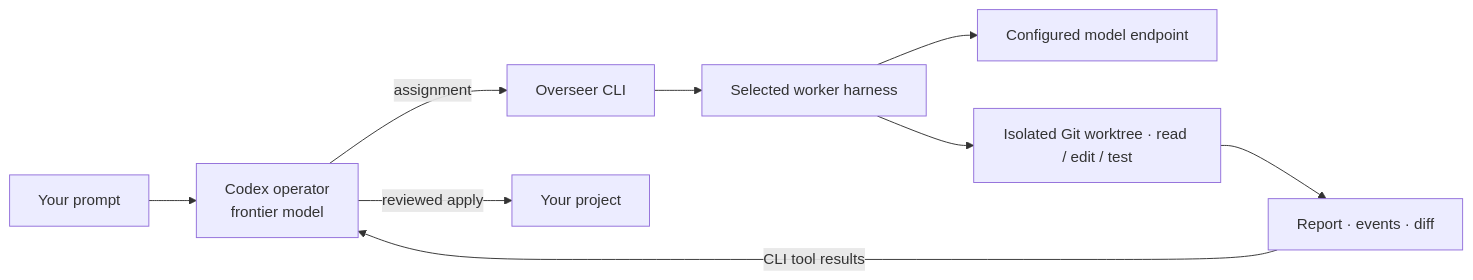
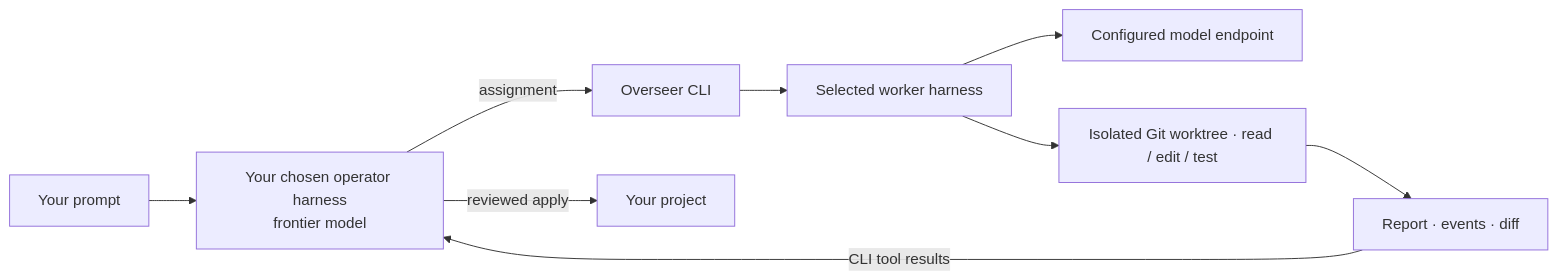
Before and after one commit to Nick5893/overseer: the diagram in README.md, drawn with Mermaid. The commit also changed other lines of this file and 3 other files, not shown here.

````diff
--- a/README.md
+++ b/README.md
@@ -17,11 +22,11 @@
 ```mermaid
 flowchart LR
-    U[Your prompt] --> O[Codex operator\nfrontier model]
+    U[Your prompt] --> O[Your chosen operator harness\nfrontier model]
     O -->|assignment| F[Overseer CLI]
     F --> H[Selected worker harness]
     H --> L[Configured model endpoint]
     H --> W[Isolated Git worktree · read / edit / test]
     W --> R[Report · events · diff]
     R -->|CLI tool results| O
     O -->|reviewed apply| G[Your project]
 ```
````
